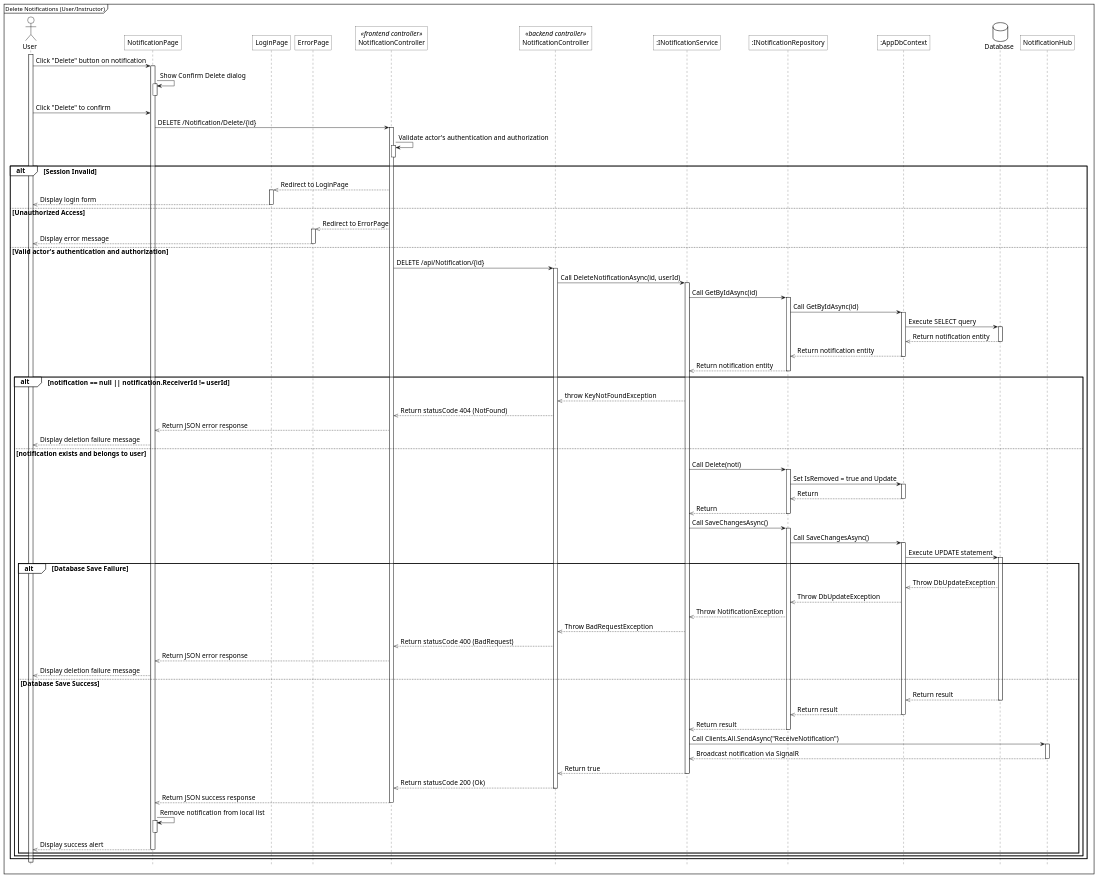
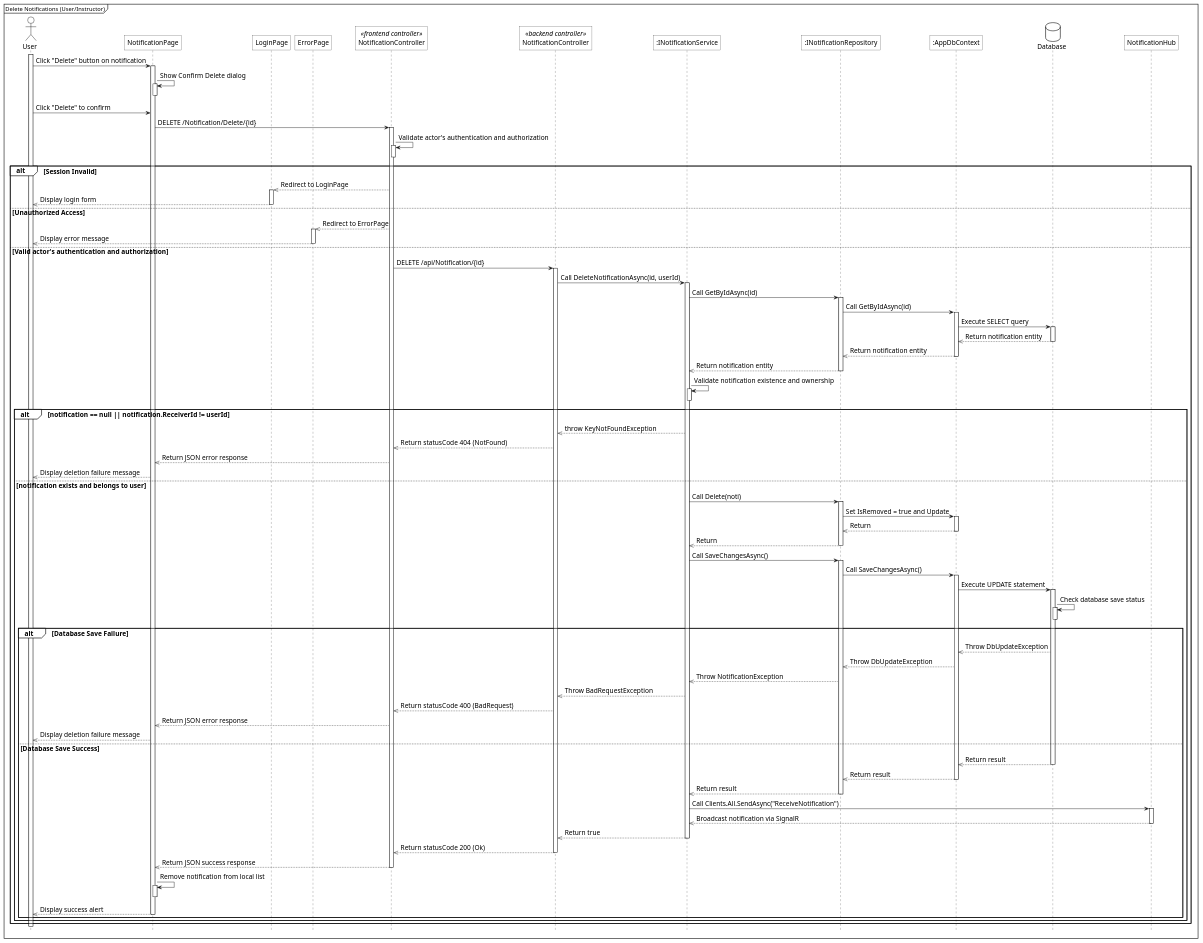
Before and after one commit to 1000do/Linked: the diagram in diagrams/sequence/notification/sq_delete_notification.plantuml, drawn with PlantUML. The commit also changed 19 other files, not shown here.

Commit message:
docs: add plantuml sequence diagrams for chat, notification, instructor application, and cart workflows

```diff
--- a/diagrams/sequence/notification/sq_delete_notification.plantuml
+++ b/diagrams/sequence/notification/sq_delete_notification.plantuml
@@ -1,122 +1,128 @@
 @startuml
 <style>
     sequenceDiagram{
         FontSize 16
 
         arrow {
             ' Set the maximum width of the text on arrows
             MaximumWidth 300
 
         }
         actor{
             BackgroundColor white
             LineThickness 1.0
         }
         participant{
             BackgroundColor white
             RoundCorner 0
         }
         database{
             BackgroundColor white
         }
         groupHeader{
             BackgroundColor white
         }
         referenceHeader{
             BackgroundColor white
         }
         reference{
             BackgroundColor white
         }
     }
 </style>
 
 hide footbox
 
 mainframe Delete Notifications (User/Instructor)
 
 actor User as act
 participant "NotificationPage" as view
 participant "LoginPage" as login_view
 participant "ErrorPage" as error_page
 participant "NotificationController" as fe_ctrl <<frontend controller>>
 participant "NotificationController" as be_ctrl <<backend controller>>
 participant ":INotificationService" as sv
 participant ":INotificationRepository" as repo
 participant ":AppDbContext" as ctx
 database Database as db
 participant "NotificationHub" as hub
 
 act++
 act->view++: Click "Delete" button on notification
 view->view++: Show Confirm Delete dialog
 view--
 act->view: Click "Delete" to confirm
 
 view->fe_ctrl++: DELETE /Notification/Delete/{id}
 
 fe_ctrl -> fe_ctrl++: Validate actor's authentication and authorization
 fe_ctrl--
 
 alt Session Invalid
     fe_ctrl -->> login_view: Redirect to LoginPage
     activate login_view
     login_view -->> act--: Display login form
 else Unauthorized Access
     fe_ctrl -->> error_page: Redirect to ErrorPage
     activate error_page
     error_page -->> act--: Display error message
 else Valid actor's authentication and authorization
     fe_ctrl->be_ctrl++: DELETE /api/Notification/{id}
     
     be_ctrl->sv++: Call DeleteNotificationAsync(id, userId)
 sv->repo++: Call GetByIdAsync(id)
 repo->ctx++: Call GetByIdAsync(id)
 ctx->db++: Execute SELECT query
 db-->>ctx--: Return notification entity
 ctx-->>repo--: Return notification entity
 repo-->>sv--: Return notification entity
 
+sv -> sv++: Validate notification existence and ownership
+sv--
+
 alt notification == null || notification.ReceiverId != userId
     sv-->>be_ctrl: throw KeyNotFoundException
     be_ctrl-->>fe_ctrl: Return statusCode 404 (NotFound)
     fe_ctrl-->>view: Return JSON error response
     view-->>act: Display deletion failure message
 else notification exists and belongs to user
     sv->repo++: Call Delete(noti)
     repo->ctx++: Set IsRemoved = true and Update
     ctx-->>repo--: Return
     repo-->>sv--: Return
     
     sv->repo++: Call SaveChangesAsync()
     repo->ctx++: Call SaveChangesAsync()
     ctx->db++: Execute UPDATE statement
+    
+    db -> db++: Check database save status
+    db--
     
     alt Database Save Failure
         db-->>ctx: Throw DbUpdateException
         ctx-->>repo: Throw DbUpdateException
         repo-->>sv: Throw NotificationException
         sv-->>be_ctrl: Throw BadRequestException
         be_ctrl-->>fe_ctrl: Return statusCode 400 (BadRequest)
         fe_ctrl-->>view: Return JSON error response
         view-->>act: Display deletion failure message
     else Database Save Success
         db-->>ctx--: Return result
         ctx-->>repo--: Return result
         repo-->>sv--: Return result
         
         sv->hub++: Call Clients.All.SendAsync("ReceiveNotification")
         hub-->>sv: Broadcast notification via SignalR
         hub--
         
         sv-->>be_ctrl--: Return true
         be_ctrl-->>fe_ctrl--: Return statusCode 200 (Ok)
         fe_ctrl-->>view--: Return JSON success response
         view->view++: Remove notification from local list
         view--
         view-->>act--: Display success alert
     end
 end
 end
 
 @enduml
```
